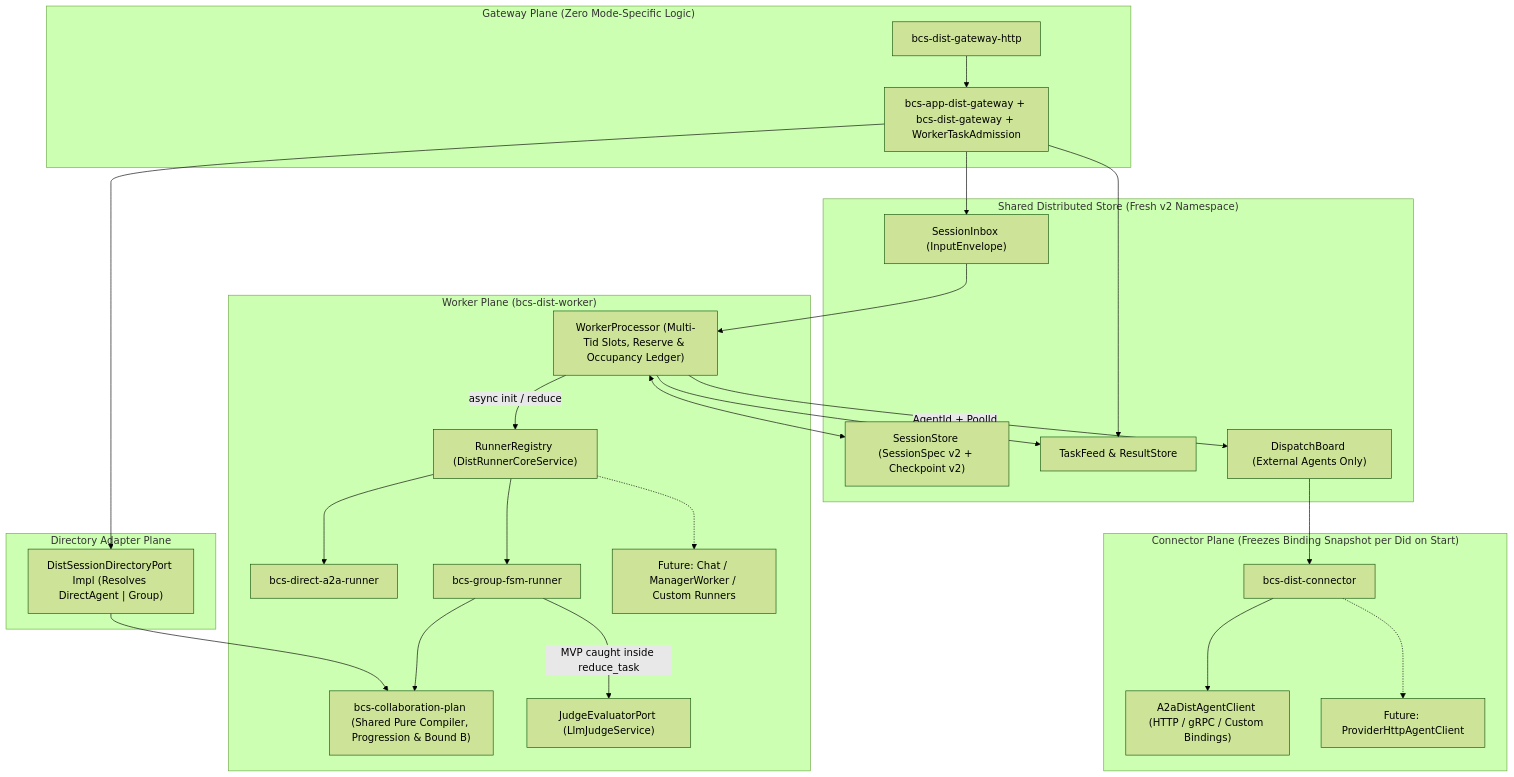
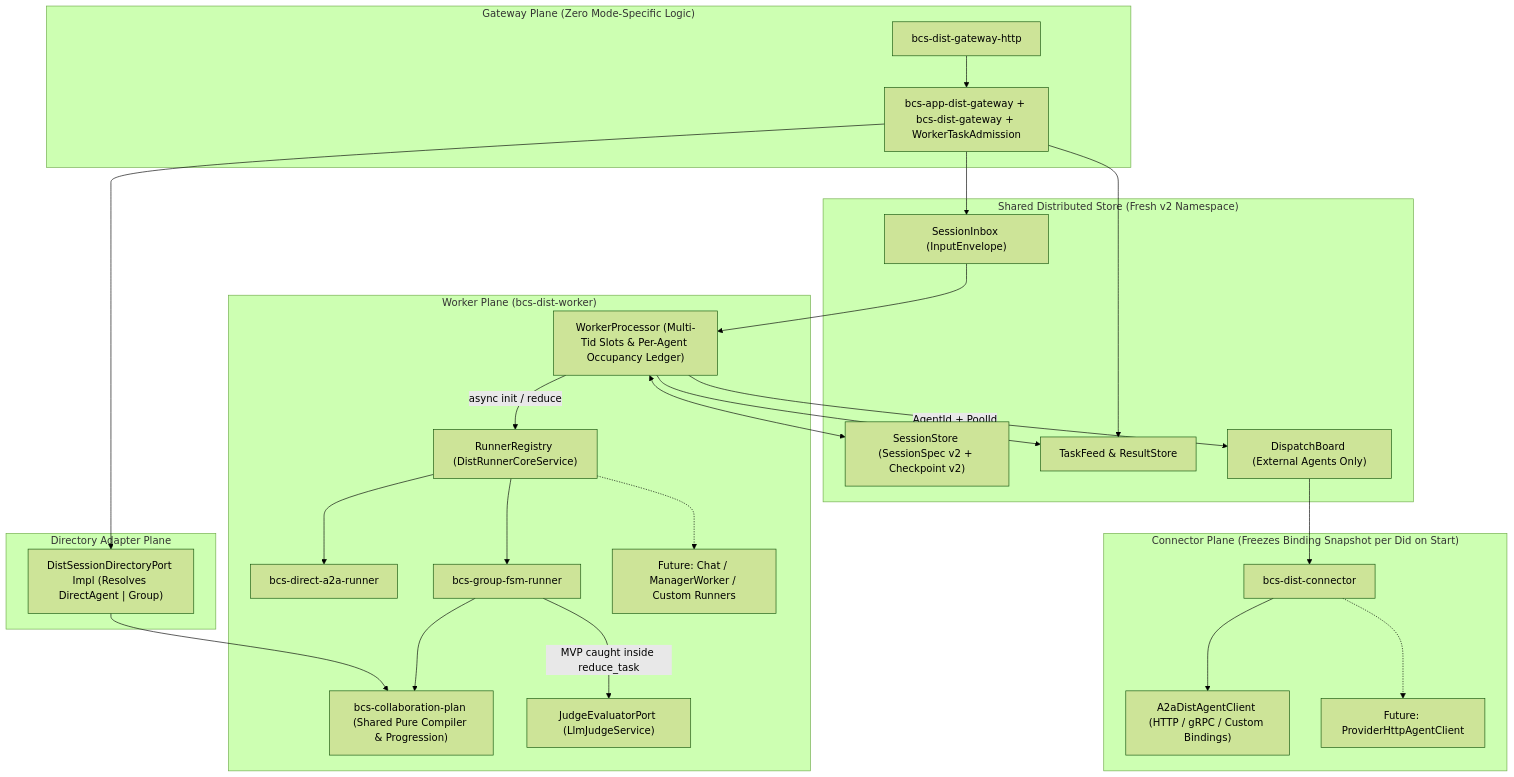
Before and after one commit to inclusionAI/Avernet: the diagram in apps/bcs/specs/2026-11-26-distributed-runner-spi/spec.md, drawn with Mermaid (forest theme). The commit also changed other lines of this file, not shown here.

Commit message:
docs(bcs): drop session dispatch quota and gate DirectA2a on busy agent

````diff
--- a/apps/bcs/specs/2026-11-26-distributed-runner-spi/spec.md
+++ b/apps/bcs/specs/2026-11-26-distributed-runner-spi/spec.md
@@ -50,53 +50,53 @@
 ```mermaid
 flowchart TB
     subgraph GatewayPlane["Gateway Plane (Zero Mode-Specific Logic)"]
         GW_HTTP["bcs-dist-gateway-http"]
         GW_APP["bcs-app-dist-gateway + bcs-dist-gateway + WorkerTaskAdmission"]
     end
 
     subgraph DirectoryPlane["Directory Adapter Plane"]
         DIR["DistSessionDirectoryPort Impl (Resolves DirectAgent | Group)"]
     end
 
     subgraph SharedStore["Shared Distributed Store (Fresh v2 Namespace)"]
         INBOX["SessionInbox (InputEnvelope)"]
         CP["SessionStore (SessionSpec v2 + Checkpoint v2)"]
         FEED["TaskFeed & ResultStore"]
         DBOARD["DispatchBoard (External Agents Only)"]
     end
 
     subgraph WorkerPlane["Worker Plane (bcs-dist-worker)"]
-        PROC["WorkerProcessor (Multi-Tid Slots, Reserve & Occupancy Ledger)"]
+        PROC["WorkerProcessor (Multi-Tid Slots & Per-Agent Occupancy Ledger)"]
         ROUTER["RunnerRegistry (DistRunnerCoreService)"]
         R_A2A["bcs-direct-a2a-runner"]
         R_FSM["bcs-group-fsm-runner"]
         R_FUTURE["Future: Chat / ManagerWorker / Custom Runners"]
-        PLAN["bcs-collaboration-plan (Shared Pure Compiler, Progression & Bound B)"]
+        PLAN["bcs-collaboration-plan (Shared Pure Compiler & Progression)"]
         JUDGE["JudgeEvaluatorPort (LlmJudgeService)"]
     end
 
     subgraph ConnectorPlane["Connector Plane (Freezes Binding Snapshot per Did on Start)"]
         CONN["bcs-dist-connector"]
         A2A_CLIENT["A2aDistAgentClient (HTTP / gRPC / Custom Bindings)"]
         PROV_CLIENT["Future: ProviderHttpAgentClient"]
     end
 
     GW_HTTP --> GW_APP
     GW_APP --> DIR
     GW_APP --> INBOX
     GW_APP --> FEED
     DIR --> PLAN
     INBOX --> PROC
     PROC <--> CP
     PROC --> FEED
     PROC -->|"async init / reduce"| ROUTER
     ROUTER --> R_A2A
     ROUTER --> R_FSM
     ROUTER -.-> R_FUTURE
     R_FSM --> PLAN
     R_FSM -->|"MVP caught inside reduce_task"| JUDGE
     PROC -->|"AgentId + PoolId"| DBOARD
     DBOARD --> CONN
     CONN --> A2A_CLIENT
     CONN -.-> PROV_CLIENT
 ```
````
